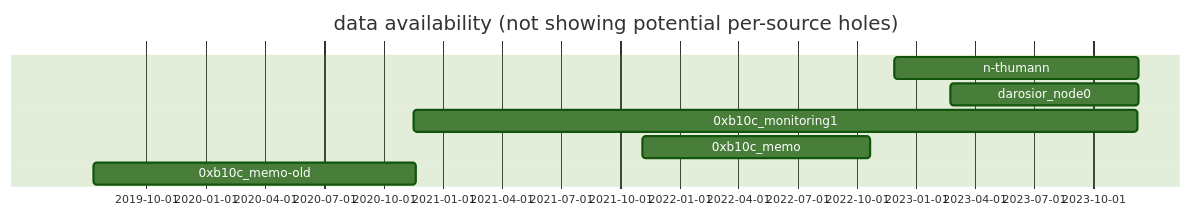
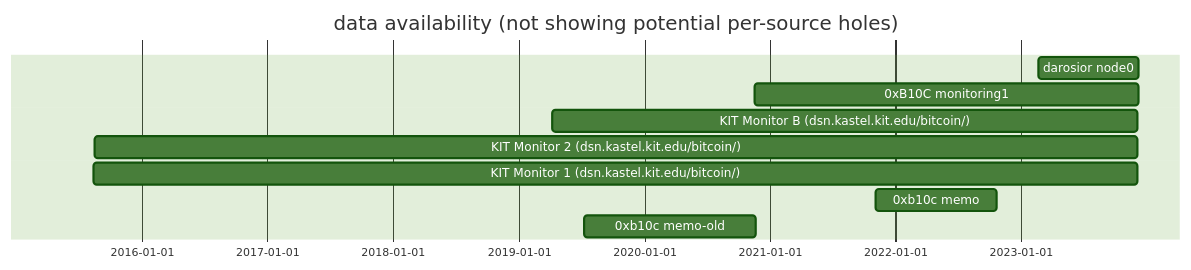
One commit to bitcoin-data/block-arrival-times changed the diagram in README.md. Above: the diagram before and after it, drawn with Mermaid (forest theme). The commit also changed 4 other files, not shown here.

First line of the commit message:
add: block arrival timestamps from monitoring at KIT

````diff
--- a/README.md
+++ b/README.md
@@ -51,13 +51,15 @@
 ```mermaid
 gantt
 dateFormat x
 title data availability (not showing potential per-source holes)
 todayMarker off
 
-n-thumann: 1669583939000, 1702072477000
-darosior_node0: 1676970378000, 1702022714000
-0xb10c_monitoring1: 1605513978094, 1701968604513
-0xb10c_memo: 1635945250000, 1666268995000
-0xb10c_memo-old: 1562848974000, 1605772694000
+darosior node0: 1676970378000, 1702022714000
+0xB10C monitoring1: 1605513978094, 1701968604513
+KIT Monitor B (dsn.kastel.kit.edu/bitcoin/): 1554813325167, 1701803016066
+KIT Monitor 2 (dsn.kastel.kit.edu/bitcoin/): 1439645276225, 1701798709781
+KIT Monitor 1 (dsn.kastel.kit.edu/bitcoin/): 1439476817617, 1701797554640
+0xb10c memo: 1635945250000, 1666268995000
+0xb10c memo-old: 1562848974000, 1605772694000
 
 ```
````
